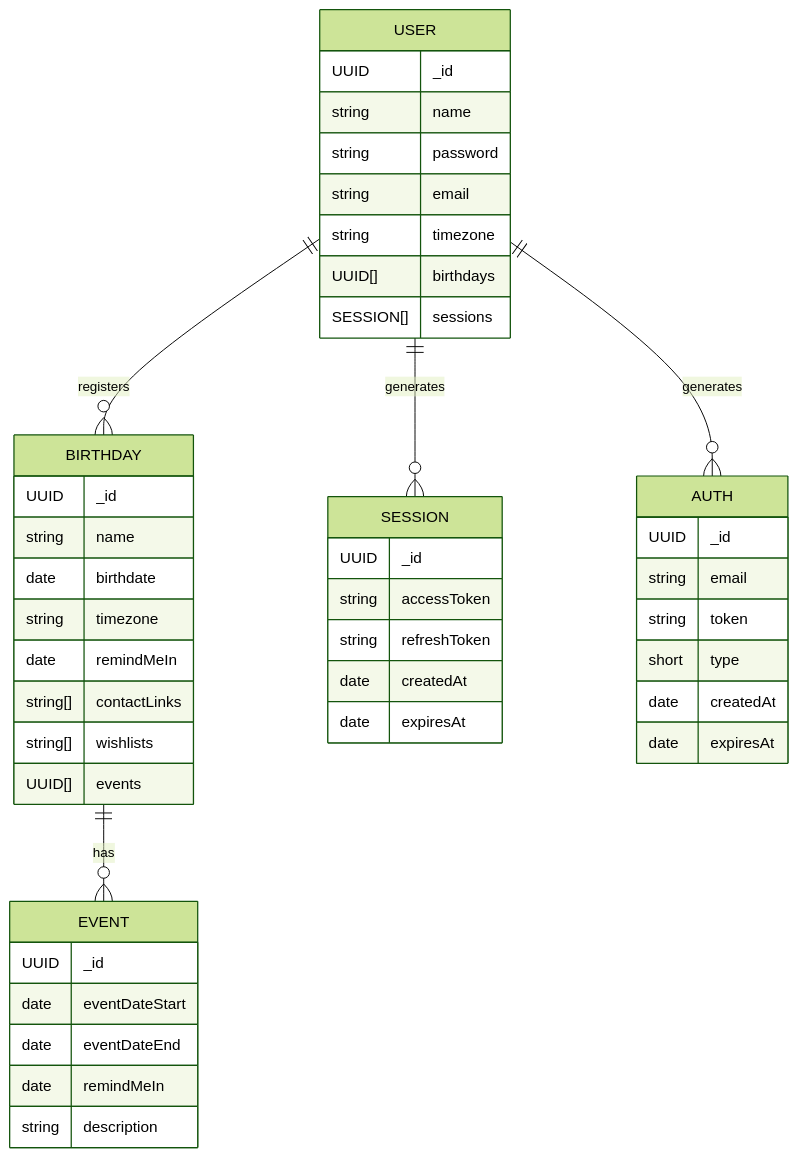
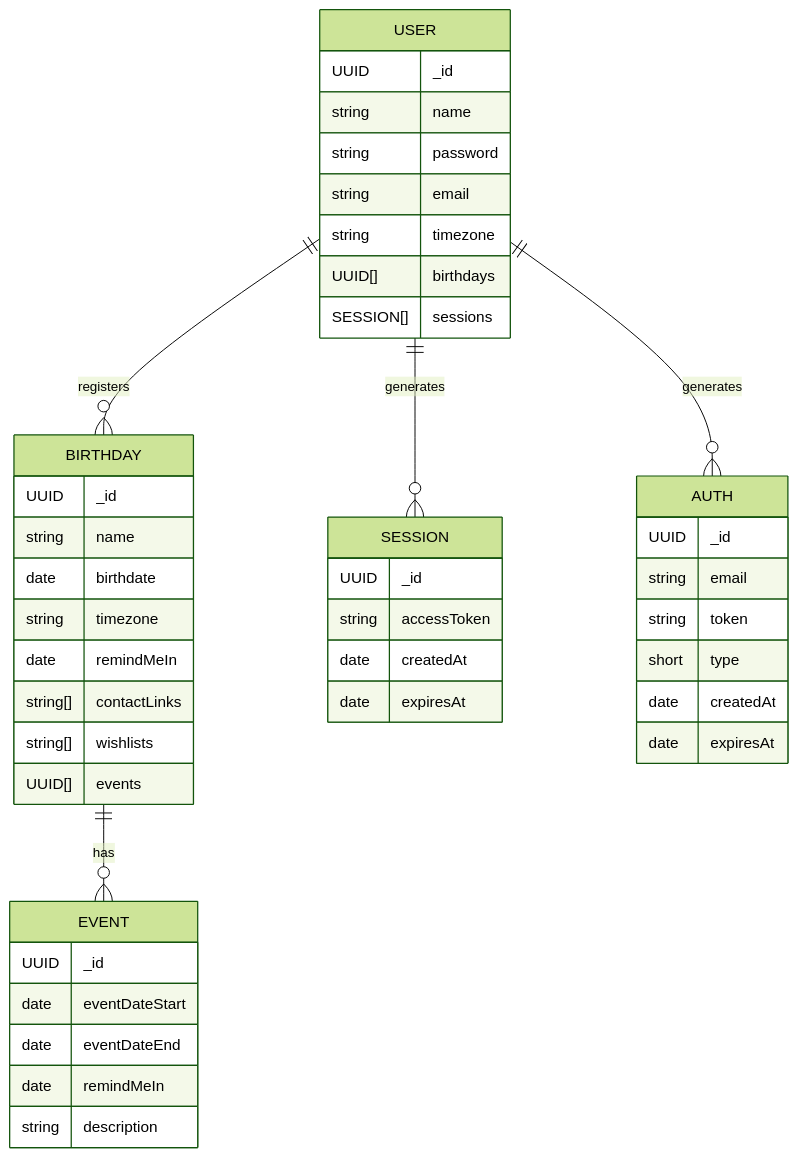
Before and after one commit to DahirVJC/global-birthday-server: the diagram in docs/05-data-model.md, drawn with Mermaid (forest theme). The commit also changed other lines of this file and 11 other files, not shown here.

`````diff
--- a/docs/05-data-model.md
+++ b/docs/05-data-model.md
@@ -16,53 +16,52 @@
 ````mermaid
 erDiagram
     USER ||--o{ BIRTHDAY : registers
     USER ||--o{ SESSION : generates
     USER ||--o{ AUTH : generates
     BIRTHDAY ||--o{ EVENT : has
 
     USER {
         UUID _id
         string name
         string password
         string email
         string timezone
         UUID[] birthdays
         SESSION[] sessions
     }
     
     SESSION {
         UUID _id
         string accessToken
-        string refreshToken
         date createdAt
         date expiresAt
     }
 
     AUTH {
         UUID _id
         string email
         string token
         short type
         date createdAt
         date expiresAt
     }
 
     BIRTHDAY {
         UUID _id
         string name
         date birthdate
         string timezone
         date remindMeIn
         string[] contactLinks
         string[] wishlists
         UUID[] events
     }
 
     EVENT {
         UUID _id
         date eventDateStart
         date eventDateEnd
         date remindMeIn
         string description
     }
 ````
`````
